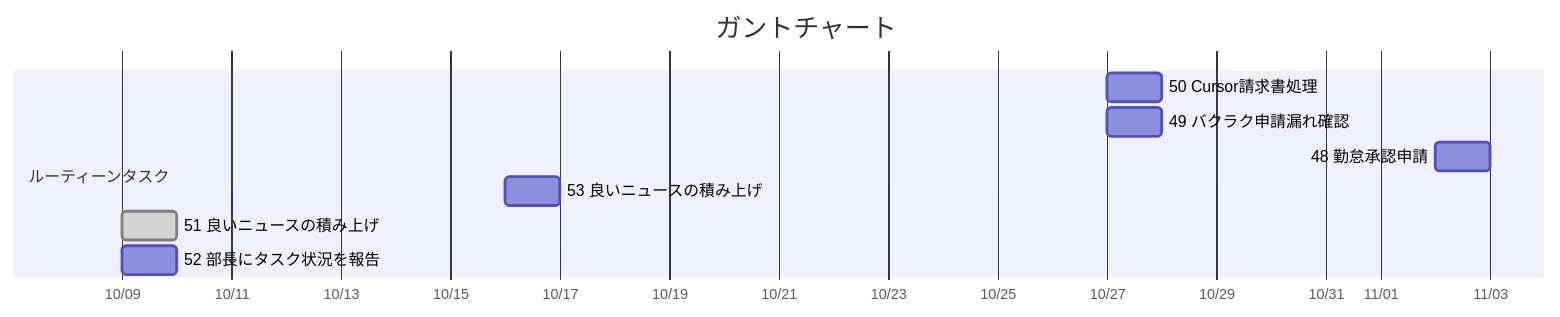
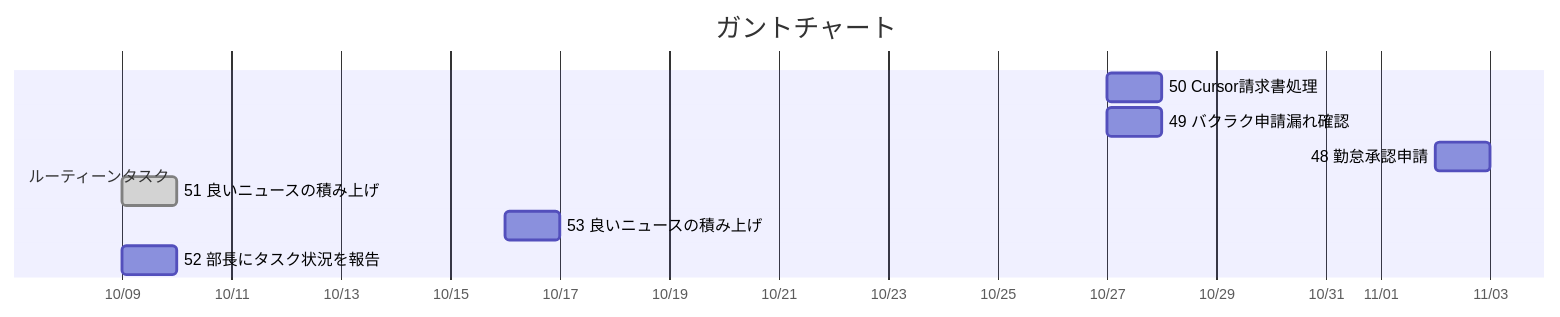
Before and after one commit to FLNYoshidaRyuta/task_management: the diagram in tasks/ガントチャート.md, drawn with Mermaid.

Commit message:
ガントチャートのルーティーン表示順を修正

````diff
--- a/tasks/ガントチャート.md
+++ b/tasks/ガントチャート.md
@@ -3,14 +3,14 @@
 ```mermaid
 %%{init: {'themeCSS': 'rect[id*=rel] { fill: #c2410c !important; stroke: #9a3412 !important; }'}}%%
 gantt
     title ガントチャート
     dateFormat YYYY-MM-DD
     axisFormat %m/%d
     section ルーティーンタスク
     50 Cursor請求書処理 :t1, 2026-10-27, 1d
     49 バクラク申請漏れ確認 :t2, 2026-10-27, 1d
     48 勤怠承認申請 :t3, 2026-11-02, 1d
-    53 良いニュースの積み上げ :t4, 2026-10-16, 1d
-    51 良いニュースの積み上げ :done, t5, 2026-10-09, 1d
+    51 良いニュースの積み上げ :done, t4, 2026-10-09, 1d
+    53 良いニュースの積み上げ :t5, 2026-10-16, 1d
     52 部長にタスク状況を報告 :t6, 2026-10-09, 1d
 ```
````
